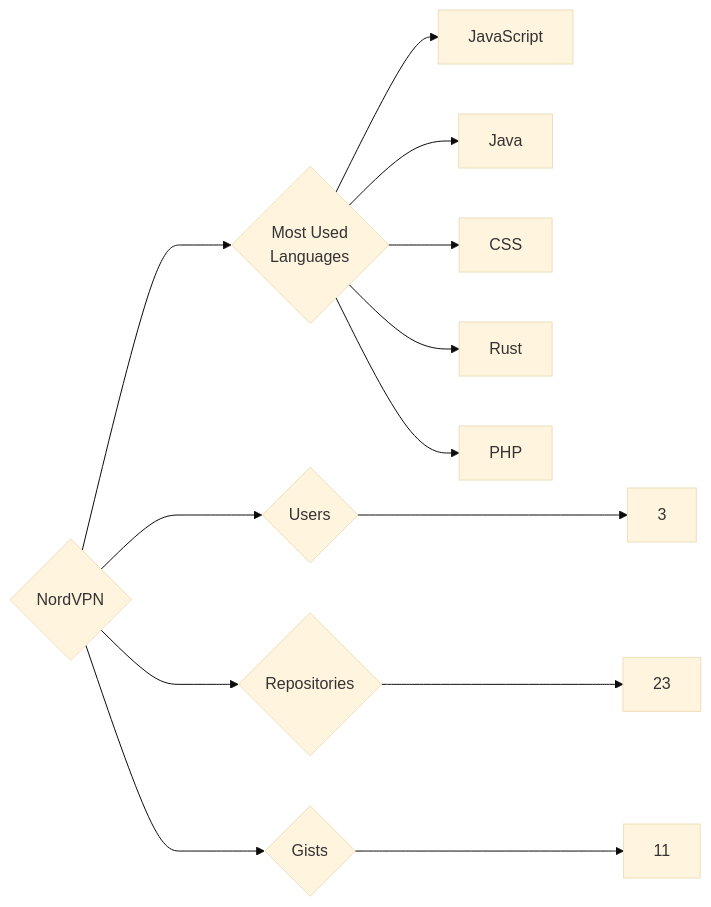
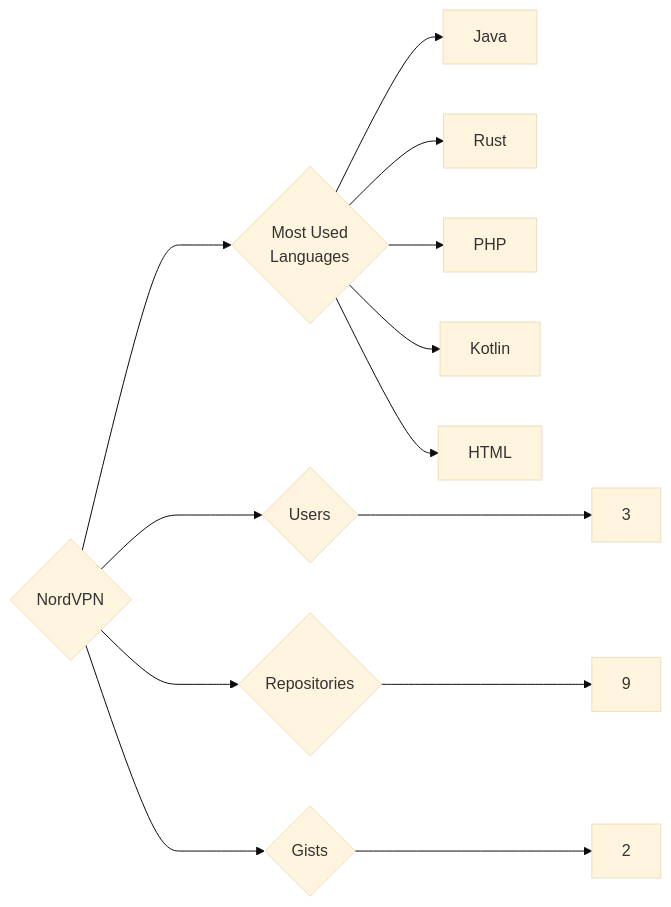
The diagram in targets/NordVPN/README.md (trickest/insiders), drawn with Mermaid (base theme) before and after one commit. The commit also changed 677 other files, not shown here.

````diff
--- a/targets/NordVPN/README.md
+++ b/targets/NordVPN/README.md
@@ -3,13 +3,13 @@
 ```mermaid
 graph LR
 COMPANY_NAME{NordVPN}
 COMPANY_NAME ---> U{Users} ---> UN[3]
-COMPANY_NAME ---> R{Repositories} ---> RN[23]
-COMPANY_NAME ---> G{Gists} ---> GN[11]
+COMPANY_NAME ---> R{Repositories} ---> RN[9]
+COMPANY_NAME ---> G{Gists} ---> GN[2]
 COMPANY_NAME ---> ML{Most Used<br>Languages}
-ML --> JavaScript[JavaScript]
 ML --> Java[Java]
-ML --> CSS[CSS]
 ML --> Rust[Rust]
 ML --> PHP[PHP]
+ML --> Kotlin[Kotlin]
+ML --> HTML[HTML]
 ```
````
